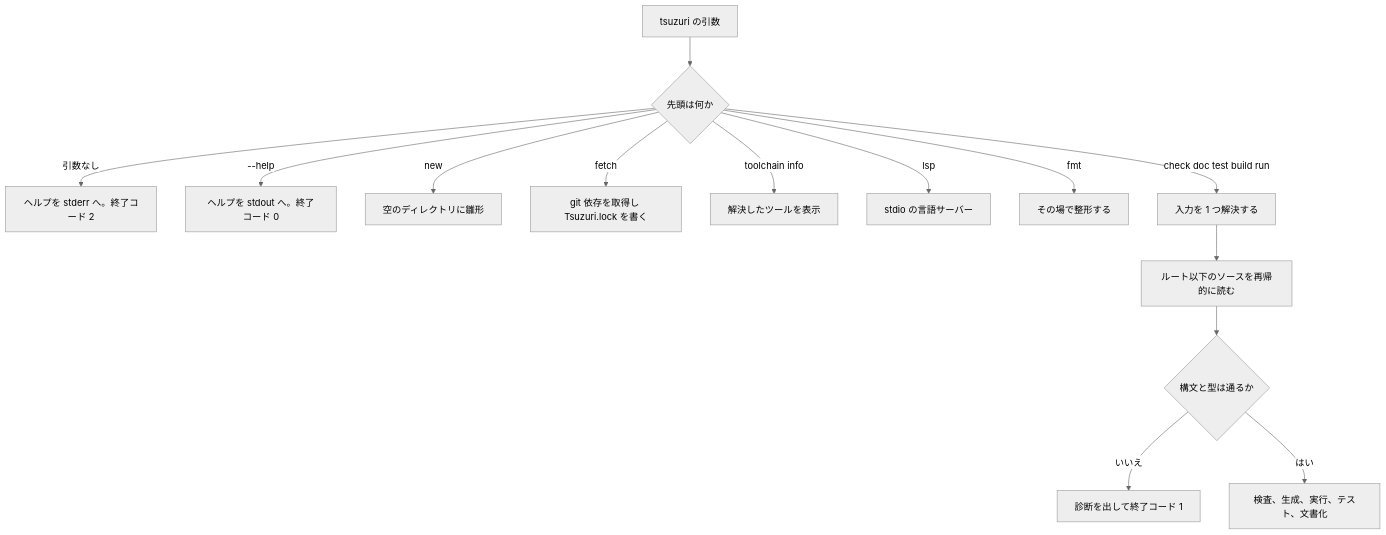
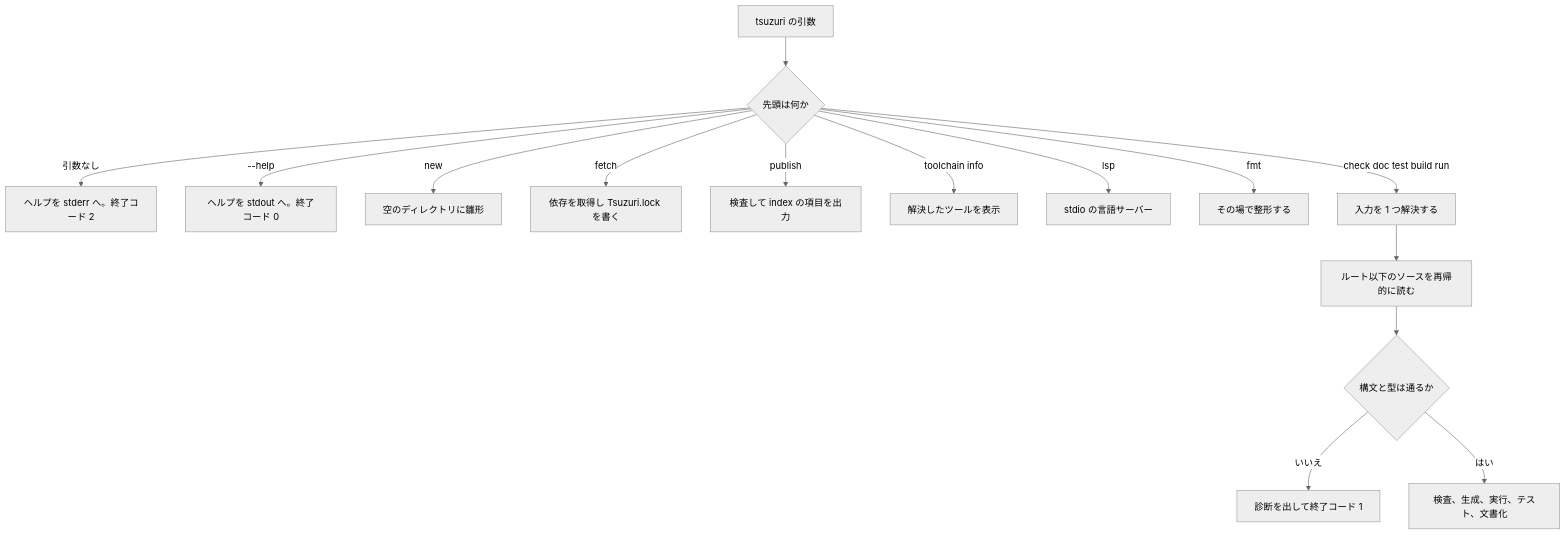
Before and after one commit to tatsuya-midorikawa/Tsuzuri: the diagram in _tsuzuri/language-reference/compiler/usage.md, drawn with Mermaid (neutral theme). The commit also changed other lines of this file and 14 other files, not shown here.

First line of the commit message:
registry 依存・最小版選択・tsuzuri publish を追加する（E10 Phase 2）

````diff
--- a/_tsuzuri/language-reference/compiler/usage.md
+++ b/_tsuzuri/language-reference/compiler/usage.md
@@ -20,16 +20,17 @@
 ```mermaid
 flowchart TD
   cli["tsuzuri の引数"] --> kind{"先頭は何か"}
   kind -->|引数なし| usage["ヘルプを stderr へ。終了コード 2"]
   kind -->|--help| helpOut["ヘルプを stdout へ。終了コード 0"]
   kind -->|new| scaffold["空のディレクトリに雛形"]
-  kind -->|fetch| deps["git 依存を取得し Tsuzuri.lock を書く"]
+  kind -->|fetch| deps["依存を取得し Tsuzuri.lock を書く"]
+  kind -->|publish| entry["検査して index の項目を出力"]
   kind -->|toolchain info| tools["解決したツールを表示"]
   kind -->|lsp| server["stdio の言語サーバー"]
   kind -->|fmt| format["その場で整形する"]
   kind -->|check doc test build run| load["入力を 1 つ解決する"]
   load --> read["ルート以下のソースを再帰的に読む"]
   read --> typed{"構文と型は通るか"}
   typed -->|いいえ| report["診断を出して終了コード 1"]
   typed -->|はい| act["検査、生成、実行、テスト、文書化"]
 ```
````
